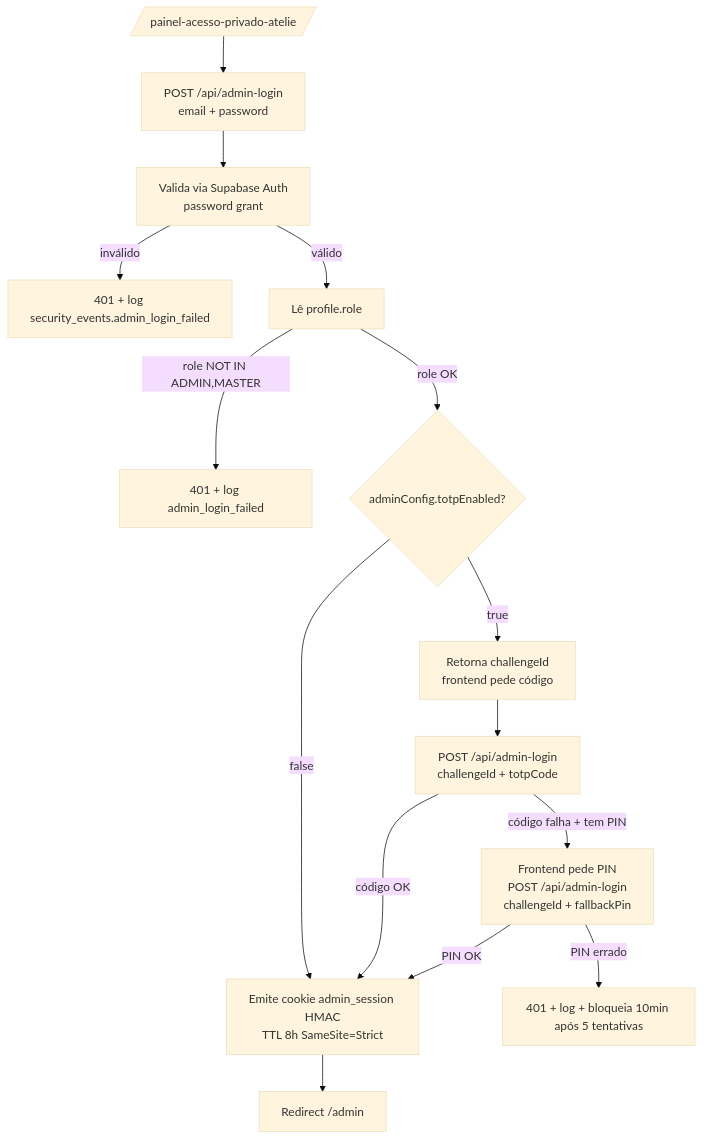
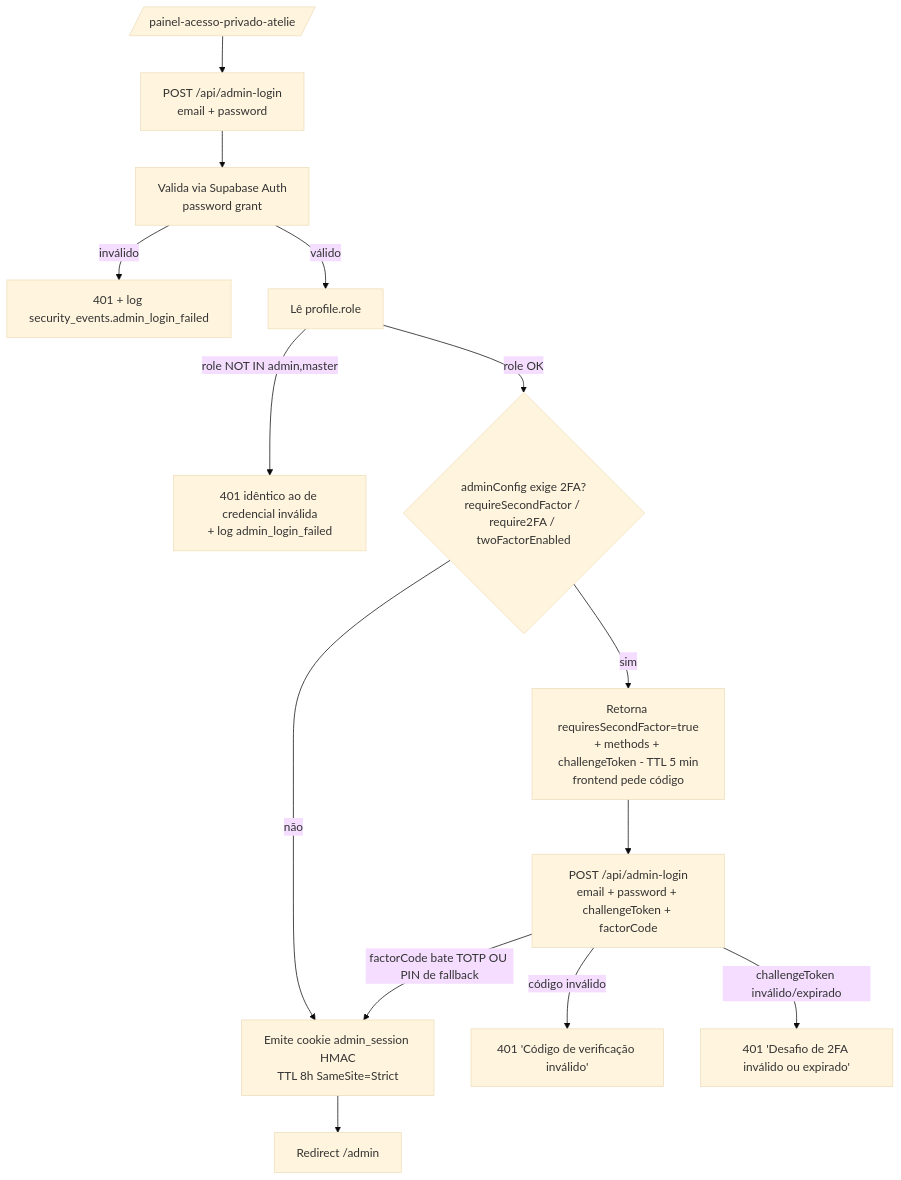
One commit to JoaoLuisC/Atelie-escolar changed the fourth of 10 diagrams in docs/ProjectDocs/05-FLUXOS.md. Above: the diagram before and after it, drawn with Mermaid (base theme). The commit also changed other lines of this file and 158 other files, not shown here.

````diff
--- a/docs/ProjectDocs/05-FLUXOS.md
+++ b/docs/ProjectDocs/05-FLUXOS.md
@@ -113,19 +113,18 @@
 ```mermaid
 flowchart TD
     A[/painel-acesso-privado-atelie/] --> B[POST /api/admin-login<br/>email + password]
     B --> C[Valida via Supabase Auth<br/>password grant]
     C -->|inválido| C1[401 + log security_events.admin_login_failed]
     C -->|válido| D[Lê profile.role]
-    D -->|role NOT IN ADMIN,MASTER| D1[401 + log admin_login_failed]
-    D -->|role OK| E{adminConfig.totpEnabled?}
+    D -->|role NOT IN admin,master| D1[401 idêntico ao de credencial inválida<br/>+ log admin_login_failed]
+    D -->|role OK| E{adminConfig exige 2FA?<br/>requireSecondFactor / require2FA / twoFactorEnabled}
 
-    E -->|false| F[Emite cookie admin_session HMAC<br/>TTL 8h SameSite=Strict]
+    E -->|não| F[Emite cookie admin_session HMAC<br/>TTL 8h SameSite=Strict]
     F --> Z[Redirect /admin]
 
-    E -->|true| G[Retorna challengeId<br/>frontend pede código]
-    G --> H[POST /api/admin-login<br/>challengeId + totpCode]
-    H -->|código OK| F
-    H -->|código falha + tem PIN| I[Frontend pede PIN<br/>POST /api/admin-login<br/>challengeId + fallbackPin]
-    I -->|PIN OK| F
-    I -->|PIN errado| I1[401 + log + bloqueia 10min após 5 tentativas]
+    E -->|sim| G[Retorna requiresSecondFactor=true<br/>+ methods + challengeToken - TTL 5 min<br/>frontend pede código]
+    G --> H[POST /api/admin-login<br/>email + password + challengeToken + factorCode]
+    H -->|factorCode bate TOTP OU PIN de fallback| F
+    H -->|código inválido| I1[401 'Código de verificação inválido']
+    H -->|challengeToken inválido/expirado| I2[401 'Desafio de 2FA inválido ou expirado']
 ```
````
